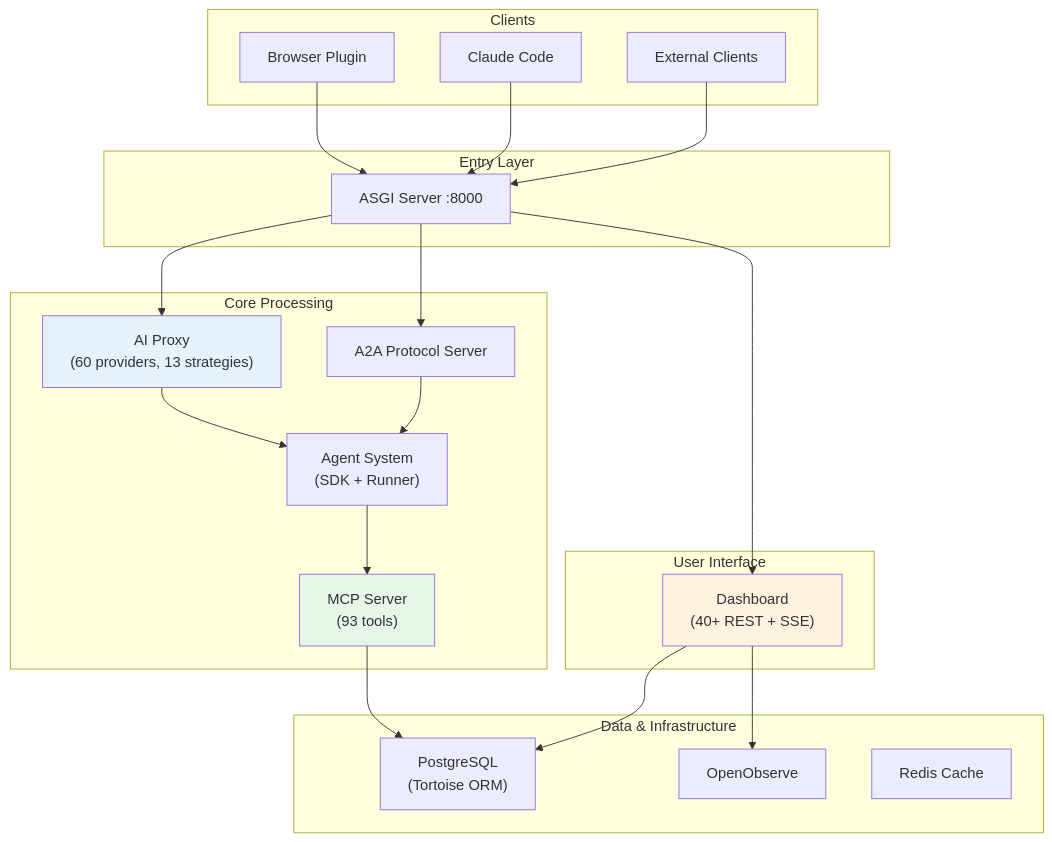
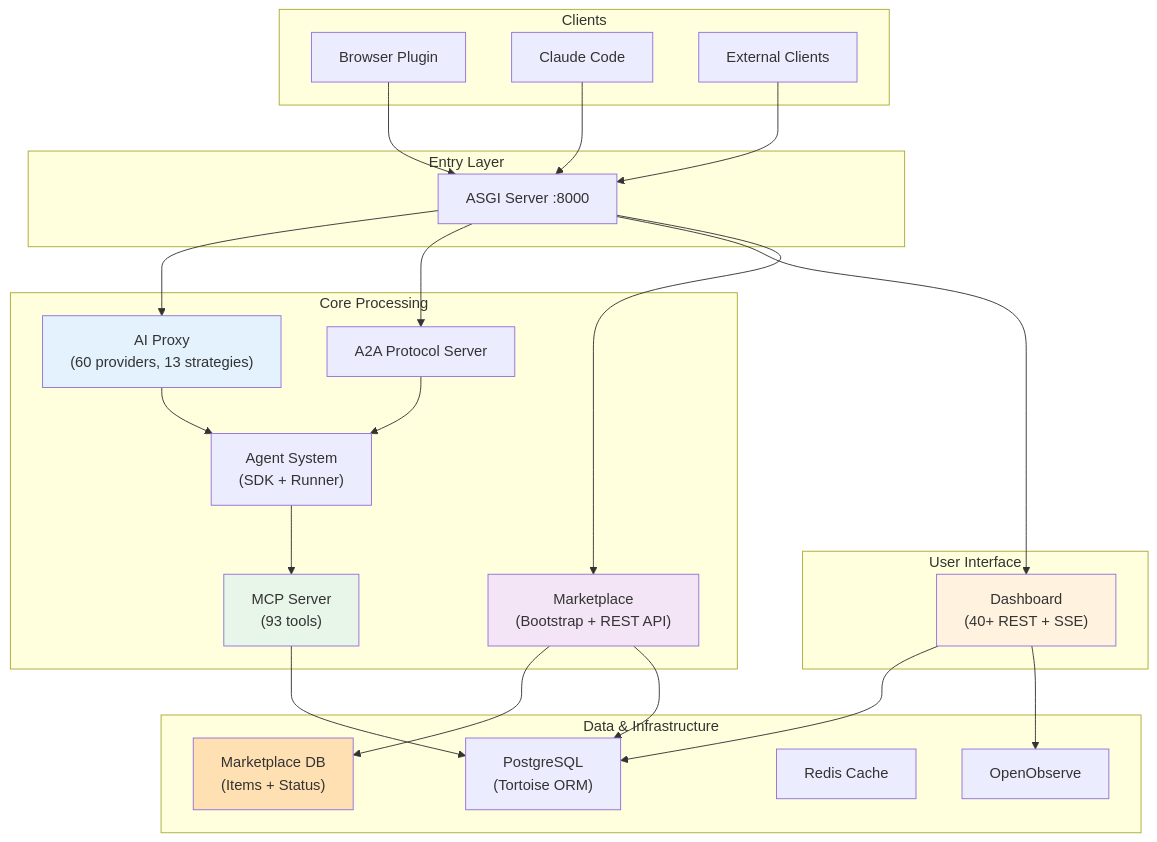
The diagram in docs/architecture/architecture-overview.md (DCx7C5/cybersecsuite), drawn with Mermaid before and after one commit. The commit also changed other lines of this file and 2 other files, not shown here.

First line of the commit message:
docs: Update architecture docs for Phase 3 & 4

````diff
--- a/docs/architecture/architecture-overview.md
+++ b/docs/architecture/architecture-overview.md
@@ -3,49 +6,57 @@
 ```mermaid
 flowchart TD
     subgraph Clients["Clients"]
         Browser["Browser Plugin"]
         Claude["Claude Code"]
         External["External Clients"]
     end
 
     subgraph Entry["Entry Layer"]
         ASGI["ASGI Server :8000"]
     end
 
     subgraph Core["Core Processing"]
         AIProxy["AI Proxy\n(60 providers, 13 strategies)"]
         A2A["A2A Protocol Server"]
         AgentSystem["Agent System\n(SDK + Runner)"]
         MCP["MCP Server\n(93 tools)"]
+        Marketplace["Marketplace\n(Bootstrap + REST API)"]
     end
 
     subgraph UI["User Interface"]
         Dashboard["Dashboard\n(40+ REST + SSE)"]
     end
 
     subgraph Data["Data & Infrastructure"]
         PostgreSQL["PostgreSQL\n(Tortoise ORM)"]
         OpenObserve["OpenObserve"]
         Redis["Redis Cache"]
+        MarketplaceDB["Marketplace DB\n(Items + Status)"]
     end
 
     Browser --> ASGI
     Claude --> ASGI
     External --> ASGI
 
     ASGI --> AIProxy
     ASGI --> A2A
     ASGI --> Dashboard
+    ASGI --> Marketplace
 
     AIProxy --> AgentSystem
     A2A --> AgentSystem
     AgentSystem --> MCP
 
     MCP --> PostgreSQL
     Dashboard --> PostgreSQL
     Dashboard --> OpenObserve
+    
+    Marketplace --> MarketplaceDB
+    Marketplace --> PostgreSQL
 
     style AIProxy fill:#e3f2fd
     style MCP fill:#e8f5e9
     style Dashboard fill:#fff3e0
+    style Marketplace fill:#f3e5f5
+    style MarketplaceDB fill:#ffe0b2
 ```
````
